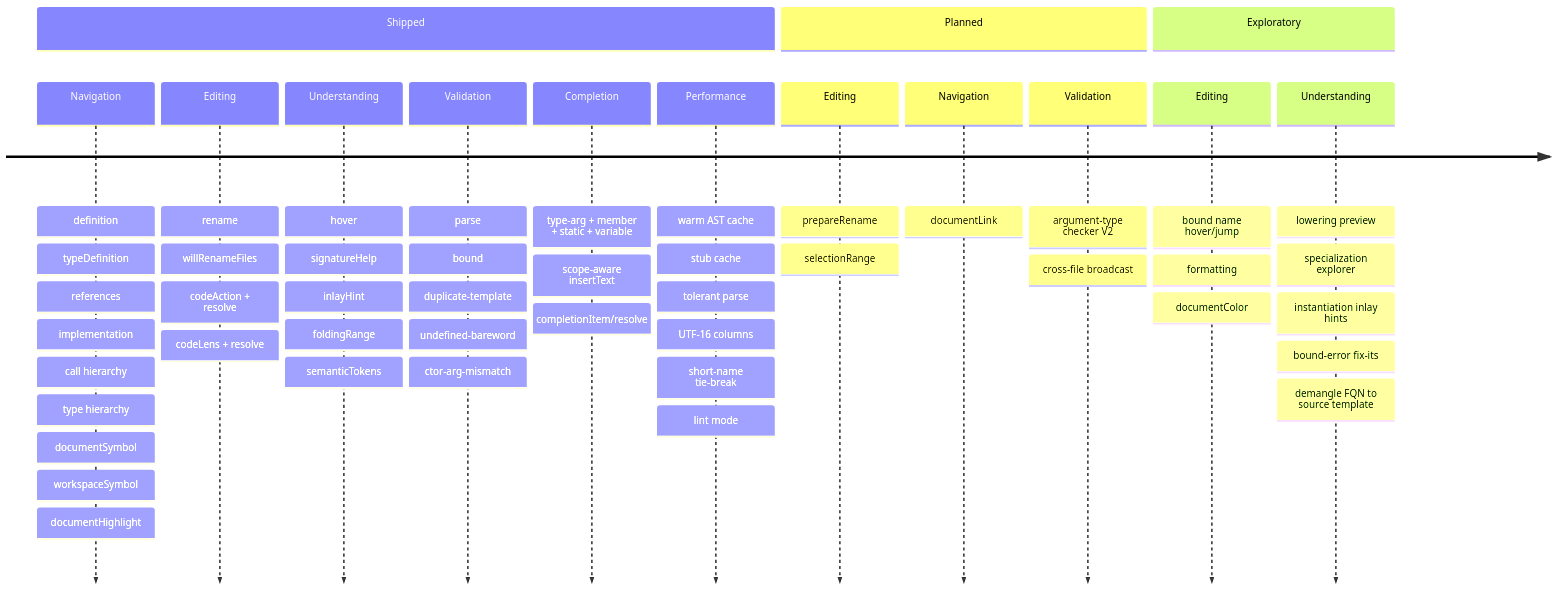
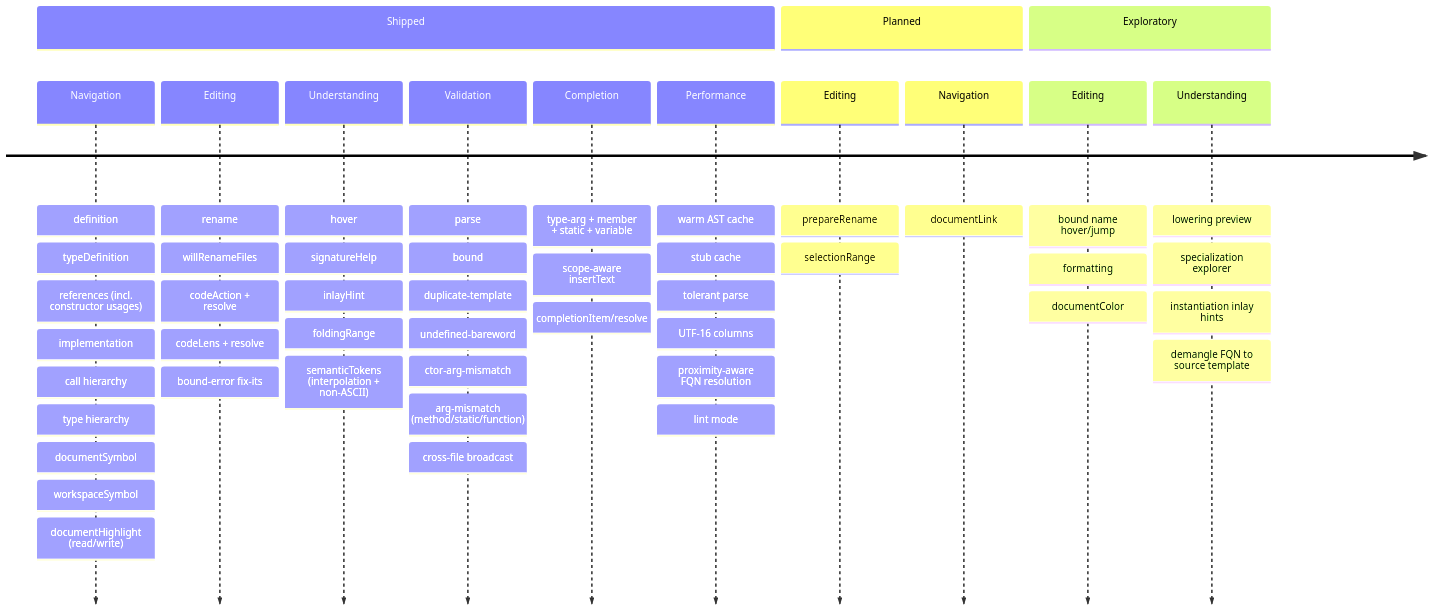
Before and after one commit to xphp-lang/language-server: the diagram in docs/roadmap.md, drawn with Mermaid. The commit also changed other lines of this file and 1 other file, not shown here.

First line of the commit message:
docs: sync roadmap + README with shipped features

````diff
--- a/docs/roadmap.md
+++ b/docs/roadmap.md
@@ -41,17 +41,16 @@
 ```mermaid
 timeline
     section Shipped
-        Navigation: definition: typeDefinition: references: implementation: call hierarchy: type hierarchy: documentSymbol: workspaceSymbol: documentHighlight
-        Editing: rename: willRenameFiles: codeAction + resolve: codeLens + resolve
-        Understanding: hover: signatureHelp: inlayHint: foldingRange: semanticTokens
-        Validation: parse: bound: duplicate-template: undefined-bareword: ctor-arg-mismatch
+        Navigation: definition: typeDefinition: references (incl. constructor usages): implementation: call hierarchy: type hierarchy: documentSymbol: workspaceSymbol: documentHighlight (read/write)
+        Editing: rename: willRenameFiles: codeAction + resolve: codeLens + resolve: bound-error fix-its
+        Understanding: hover: signatureHelp: inlayHint: foldingRange: semanticTokens (interpolation + non-ASCII)
+        Validation: parse: bound: duplicate-template: undefined-bareword: ctor-arg-mismatch: arg-mismatch (method/static/function): cross-file broadcast
         Completion: type-arg + member + static + variable: scope-aware insertText: completionItem/resolve
-        Performance: warm AST cache: stub cache: tolerant parse: UTF-16 columns: short-name tie-break: lint mode
+        Performance: warm AST cache: stub cache: tolerant parse: UTF-16 columns: proximity-aware FQN resolution: lint mode
     section Planned
         Editing: prepareRename: selectionRange
         Navigation: documentLink
-        Validation: argument-type checker V2: cross-file broadcast
     section Exploratory
         Editing: bound name hover/jump: formatting: documentColor
-        Understanding: lowering preview: specialization explorer: instantiation inlay hints: bound-error fix-its: demangle FQN to source template
+        Understanding: lowering preview: specialization explorer: instantiation inlay hints: demangle FQN to source template
 ```
````
